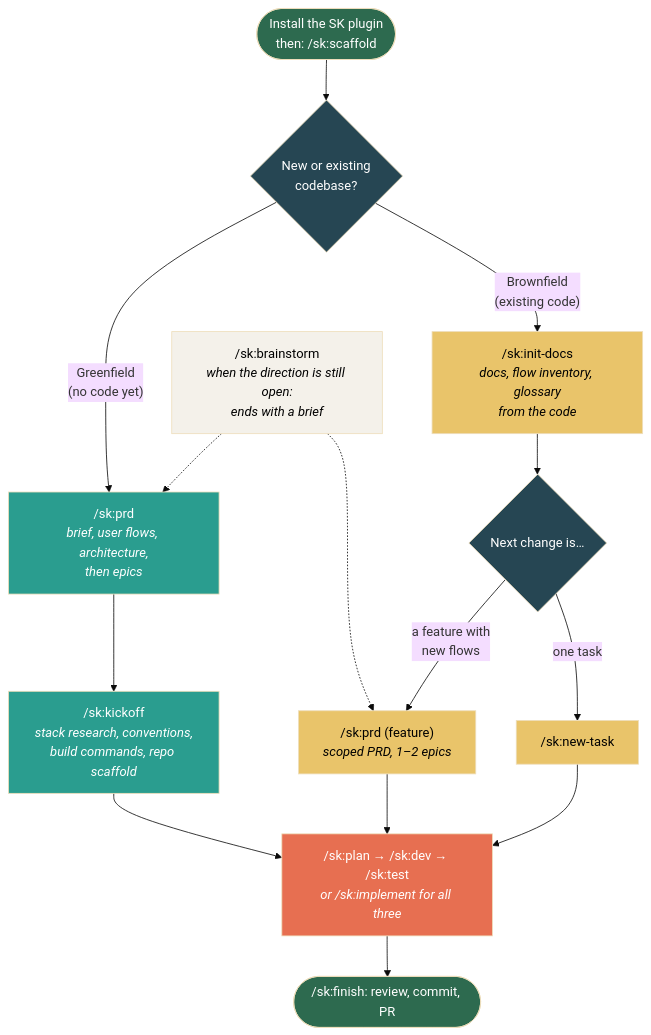
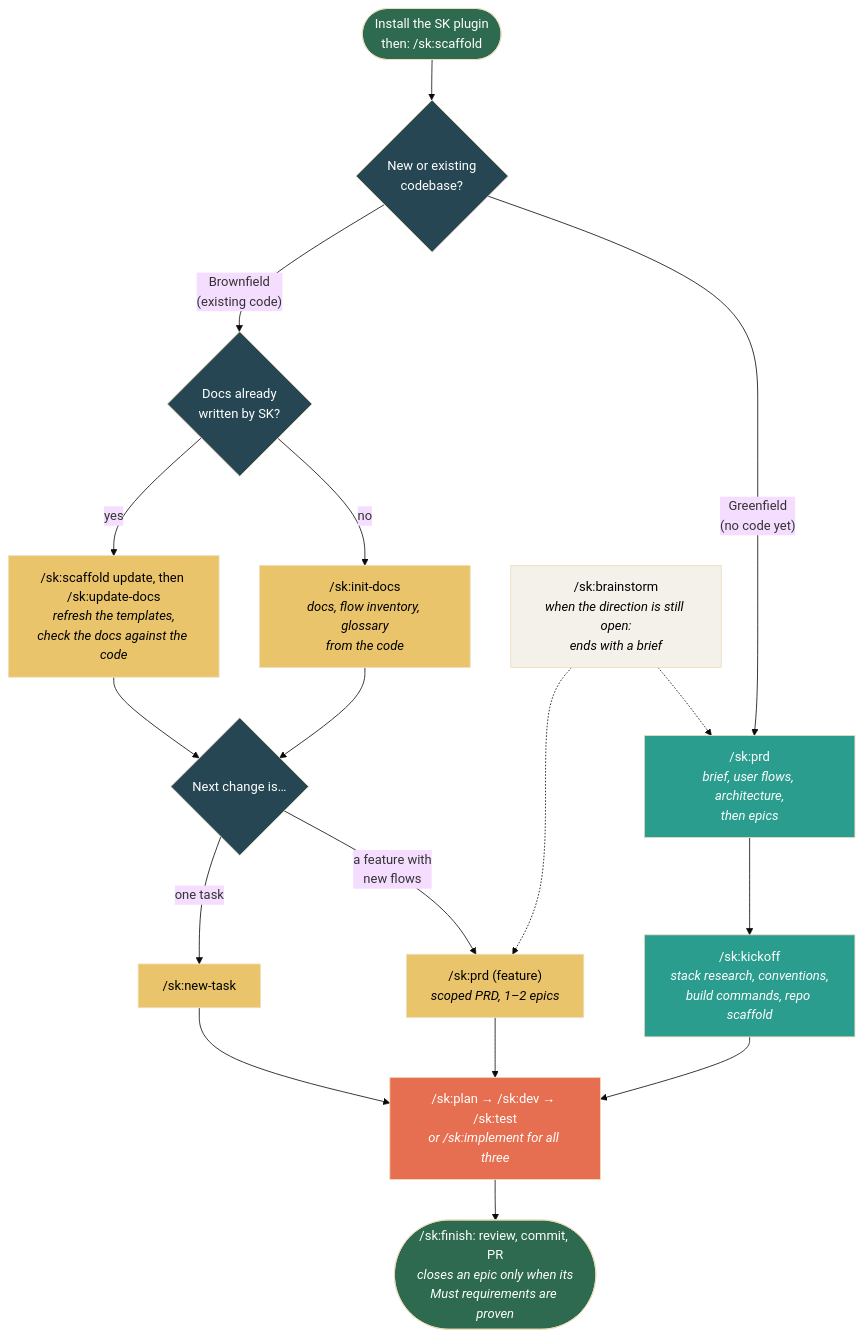
One commit to moniav/sk changed the diagram in assets/src/getting-started.mmd. Above: the diagram before and after it, drawn with Mermaid (base theme). The commit also changed 6 other files, not shown here.

First line of the commit message:
docs(readme): describe 3.2.0, correct stale claims, complete the credits; refresh three diagrams

```diff
--- a/assets/src/getting-started.mmd
+++ b/assets/src/getting-started.mmd
@@ -1,31 +1,36 @@
 flowchart TD
     Start(["Install the SK plugin<br/>then: /sk:scaffold"]) --> Q{"New or existing<br/>codebase?"}
 
     Q -->|"Greenfield<br/>(no code yet)"| GF1["/sk:prd<br/><i>brief, user flows, architecture,<br/>then epics</i>"]
     GF1 --> GF2["/sk:kickoff<br/><i>stack research, conventions,<br/>build commands, repo scaffold</i>"]
     GF2 --> Plan
 
-    Q -->|"Brownfield<br/>(existing code)"| BF1["/sk:init-docs<br/><i>docs, flow inventory, glossary<br/>from the code</i>"]
+    Q -->|"Brownfield<br/>(existing code)"| BF0{"Docs already<br/>written by SK?"}
+    BF0 -->|"no"| BF1["/sk:init-docs<br/><i>docs, flow inventory, glossary<br/>from the code</i>"]
+    BF0 -->|"yes"| BFU["/sk:scaffold update, then /sk:update-docs<br/><i>refresh the templates,<br/>check the docs against the code</i>"]
     BF1 --> BF2{"Next change is…"}
+    BFU --> BF2
     BF2 -->|"a feature with<br/>new flows"| BF3["/sk:prd (feature)<br/><i>scoped PRD, 1–2 epics</i>"]
     BF2 -->|"one task"| BF4["/sk:new-task"]
     BF3 --> Plan
     BF4 --> Plan
 
     Plan["/sk:plan → /sk:dev → /sk:test<br/><i>or /sk:implement for all three</i>"]
-    Plan --> Ship(["/sk:finish: review, commit, PR"])
+    Plan --> Ship(["/sk:finish: review, commit, PR<br/><i>closes an epic only when its<br/>Must requirements are proven</i>"])
 
     BS["/sk:brainstorm<br/><i>when the direction is still open:<br/>ends with a brief</i>"] -.-> GF1
     BS -.-> BF3
 
     style Start fill:#2d6a4f,color:#fff
     style Ship fill:#2d6a4f,color:#fff
     style Q fill:#264653,color:#fff
     style BF2 fill:#264653,color:#fff
+    style BF0 fill:#264653,color:#fff
+    style BFU fill:#e9c46a,color:#000
     style Plan fill:#e76f51,color:#fff
     style GF1 fill:#2a9d8f,color:#fff
     style GF2 fill:#2a9d8f,color:#fff
     style BF1 fill:#e9c46a,color:#000
     style BF3 fill:#e9c46a,color:#000
     style BF4 fill:#e9c46a,color:#000
     style BS fill:#f4f1ea,color:#000
```
